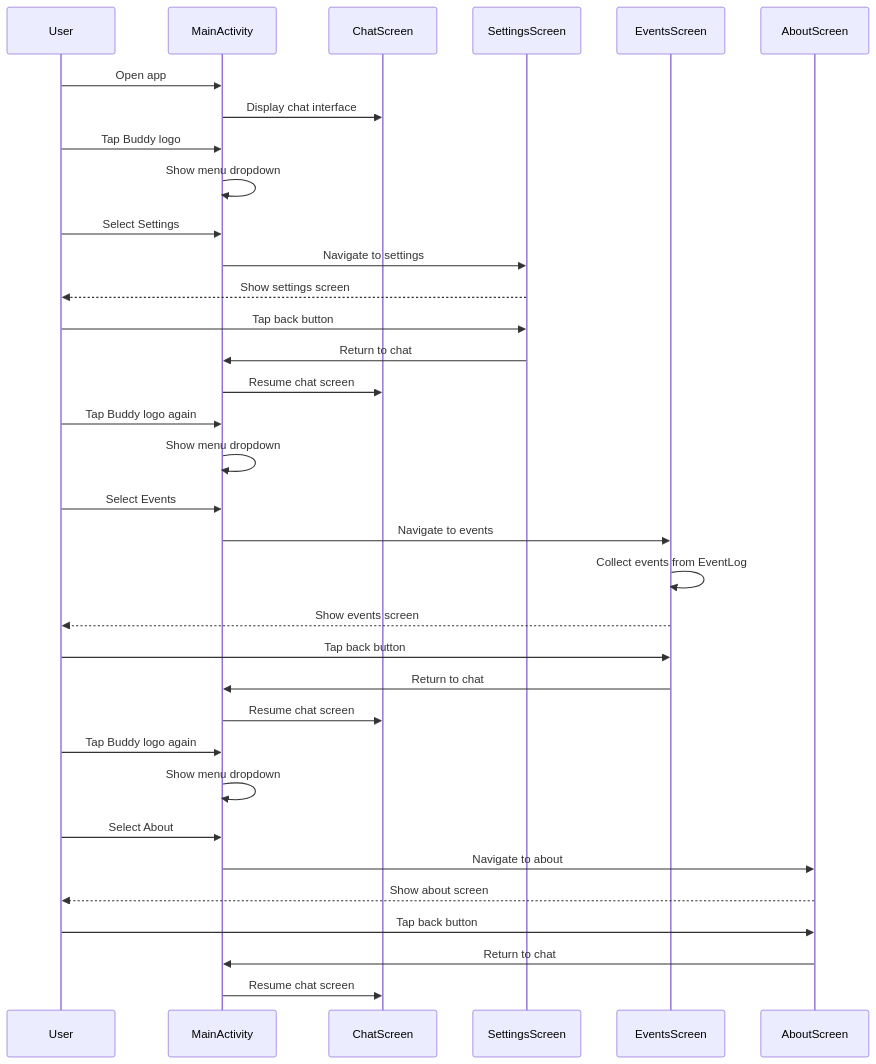
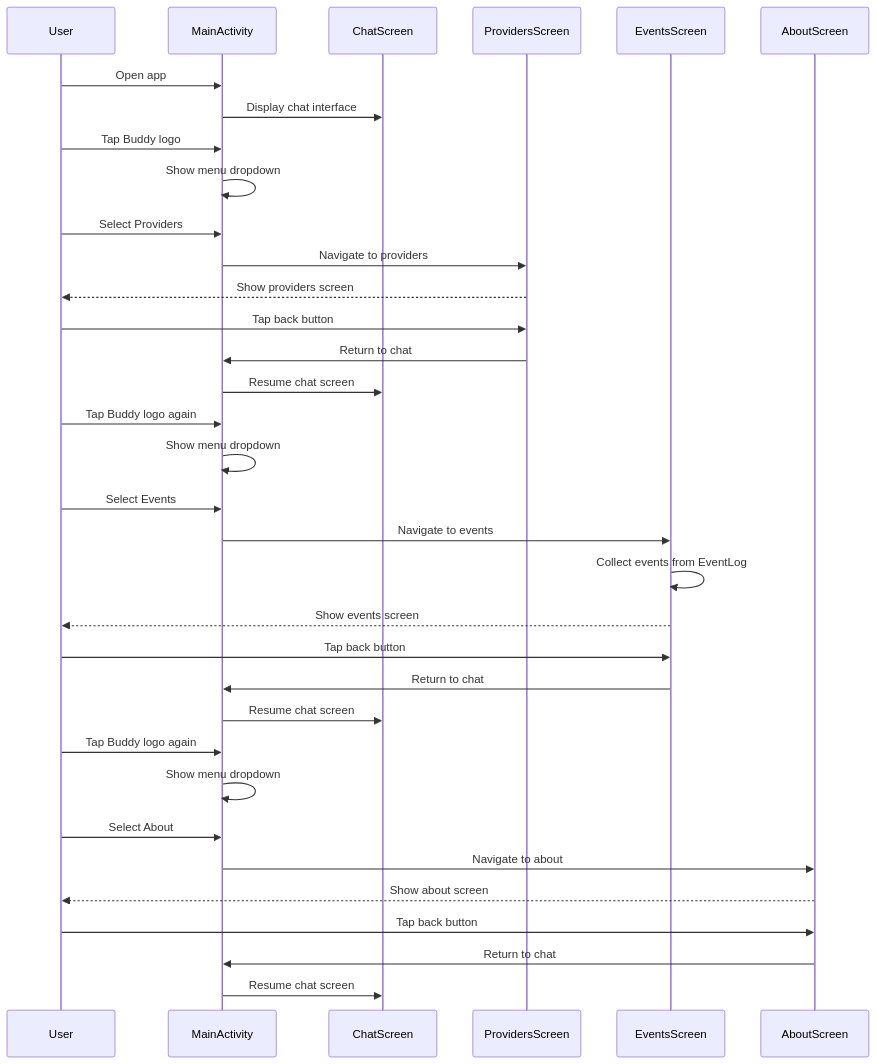
The tenth of 11 diagrams in docs/seq_others.md (lehoang318/buddy), drawn with Mermaid before and after one commit. The commit also changed other lines of this file and 48 other files, not shown here.

````diff
--- a/docs/seq_others.md
+++ b/docs/seq_others.md
@@ -334,46 +334,46 @@
 ```mermaid
 sequenceDiagram
     participant User
     participant MainActivity
     participant ChatScreen
-    participant SettingsScreen
+    participant ProvidersScreen
     participant EventsScreen
     participant AboutScreen
 
     User->>MainActivity: Open app
     MainActivity->>ChatScreen: Display chat interface
 
     User->>MainActivity: Tap Buddy logo
     MainActivity->>MainActivity: Show menu dropdown
 
-    User->>MainActivity: Select Settings
-    MainActivity->>SettingsScreen: Navigate to settings
-    SettingsScreen-->>User: Show settings screen
+    User->>MainActivity: Select Providers
+    MainActivity->>ProvidersScreen: Navigate to providers
+    ProvidersScreen-->>User: Show providers screen
 
-    User->>SettingsScreen: Tap back button
-    SettingsScreen->>MainActivity: Return to chat
+    User->>ProvidersScreen: Tap back button
+    ProvidersScreen->>MainActivity: Return to chat
     MainActivity->>ChatScreen: Resume chat screen
 
     User->>MainActivity: Tap Buddy logo again
     MainActivity->>MainActivity: Show menu dropdown
 
     User->>MainActivity: Select Events
     MainActivity->>EventsScreen: Navigate to events
     EventsScreen->>EventsScreen: Collect events from EventLog
     EventsScreen-->>User: Show events screen
 
     User->>EventsScreen: Tap back button
     EventsScreen->>MainActivity: Return to chat
     MainActivity->>ChatScreen: Resume chat screen
 
     User->>MainActivity: Tap Buddy logo again
     MainActivity->>MainActivity: Show menu dropdown
 
     User->>MainActivity: Select About
     MainActivity->>AboutScreen: Navigate to about
     AboutScreen-->>User: Show about screen
 
     User->>AboutScreen: Tap back button
     AboutScreen->>MainActivity: Return to chat
     MainActivity->>ChatScreen: Resume chat screen
 ```
````
